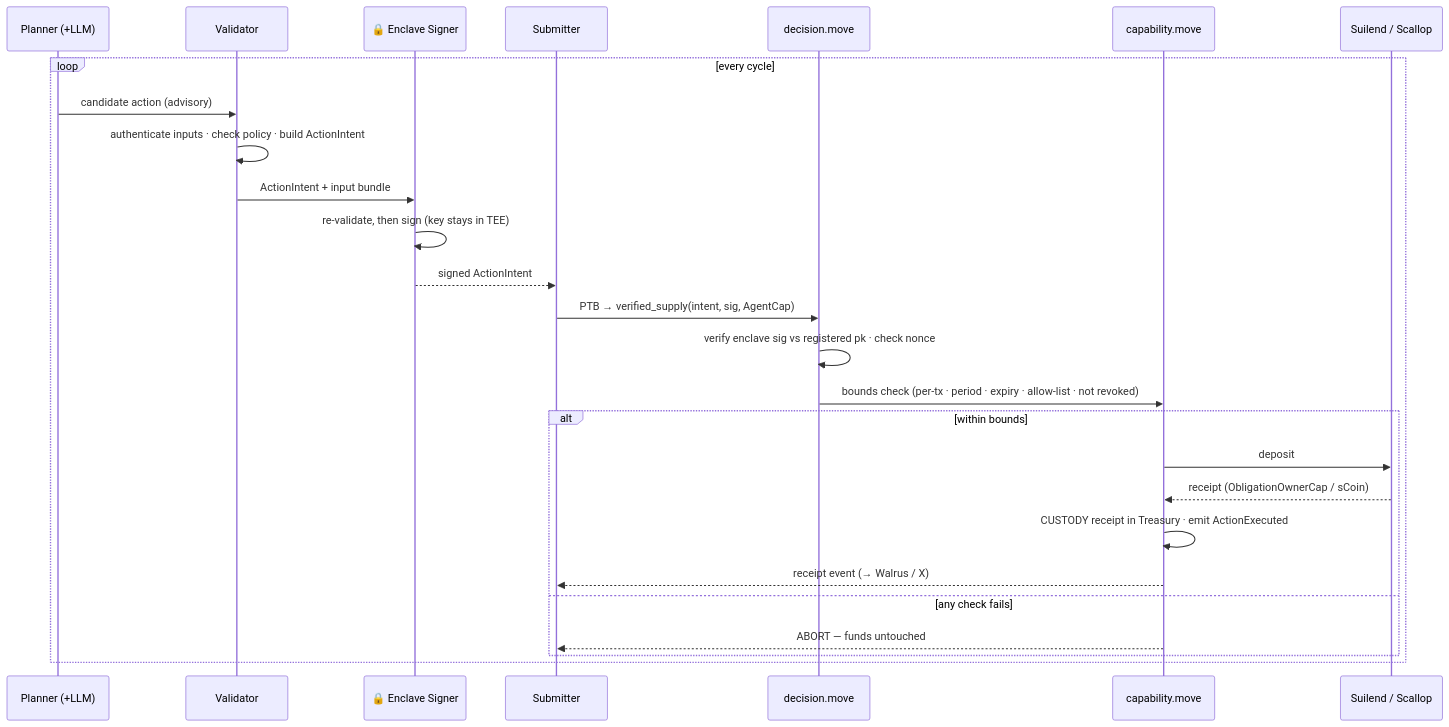
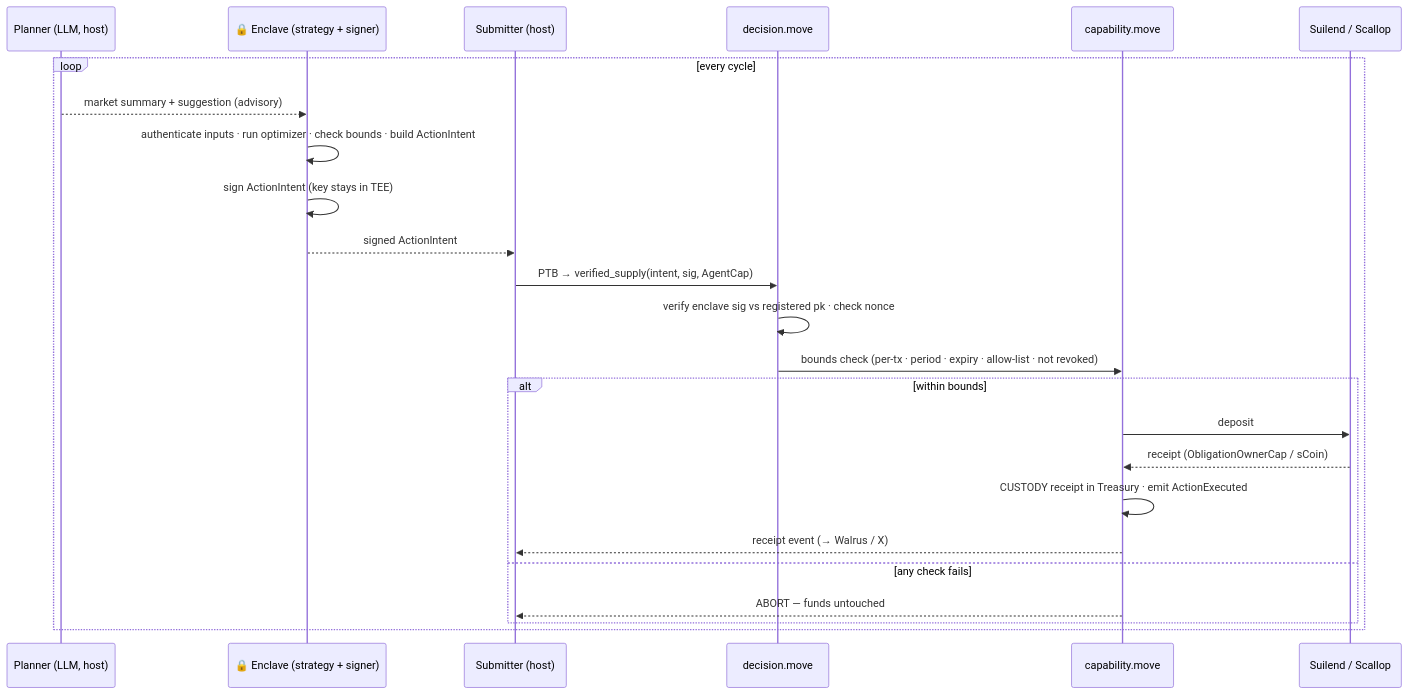
One commit to speedxgul/looping-agent changed the fifth of 9 diagrams in docs/treasury-agent-design.md. Above: the diagram before and after it, drawn with Mermaid. The commit also changed other lines of this file, not shown here.

````diff
--- a/docs/treasury-agent-design.md
+++ b/docs/treasury-agent-design.md
@@ -353,29 +307,27 @@
 ```mermaid
 sequenceDiagram
-    participant Plan as Planner (+LLM)
-    participant Val as Validator
-    participant Enc as 🔒 Enclave Signer
-    participant Sub as Submitter
+    participant Plan as Planner (LLM, host)
+    participant Enc as 🔒 Enclave (strategy + signer)
+    participant Sub as Submitter (host)
     participant Dec as decision.move
     participant Cap as capability.move
     participant Pool as Suilend / Scallop
 
     loop every cycle
-        Plan->>Val: candidate action (advisory)
-        Val->>Val: authenticate inputs · check policy · build ActionIntent
-        Val->>Enc: ActionIntent + input bundle
-        Enc->>Enc: re-validate, then sign (key stays in TEE)
+        Plan-->>Enc: market summary + suggestion (advisory)
+        Enc->>Enc: authenticate inputs · run optimizer · check bounds · build ActionIntent
+        Enc->>Enc: sign ActionIntent (key stays in TEE)
         Enc-->>Sub: signed ActionIntent
         Sub->>Dec: PTB → verified_supply(intent, sig, AgentCap)
         Dec->>Dec: verify enclave sig vs registered pk · check nonce
         Dec->>Cap: bounds check (per-tx · period · expiry · allow-list · not revoked)
         alt within bounds
             Cap->>Pool: deposit
             Pool-->>Cap: receipt (ObligationOwnerCap / sCoin)
             Cap->>Cap: CUSTODY receipt in Treasury · emit ActionExecuted
             Cap-->>Sub: receipt event (→ Walrus / X)
         else any check fails
             Cap-->>Sub: ABORT — funds untouched
         end
     end
 ```
````
